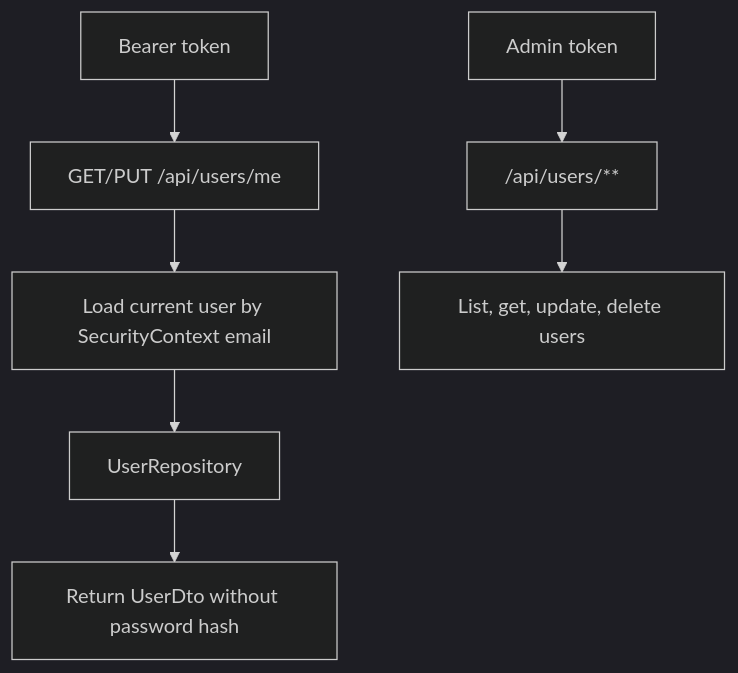
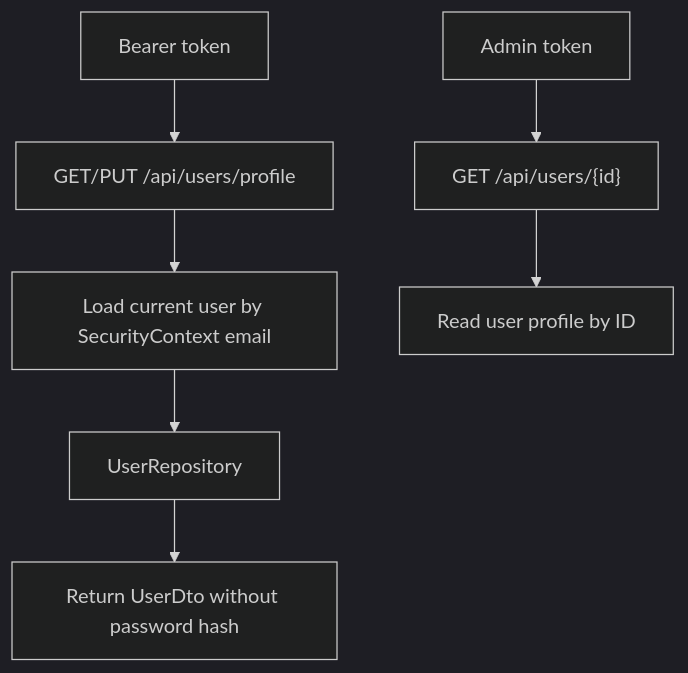
The third of 10 diagrams in README.md (MinhKien17/SEP490_Prototype), drawn with Mermaid (dark theme) before and after one commit. The commit also changed other lines of this file, not shown here.

````diff
--- a/README.md
+++ b/README.md
@@ -211,10 +228,10 @@
 ```mermaid
 flowchart TD
-    Token["Bearer token"] --> Me["GET/PUT /api/users/me"]
+    Token["Bearer token"] --> Me["GET/PUT /api/users/profile"]
     Me --> Current["Load current user by SecurityContext email"]
     Current --> UserRepo["UserRepository"]
     UserRepo --> UserDto["Return UserDto without password hash"]
 
-    Admin["Admin token"] --> AdminRoutes["/api/users/**"]
-    AdminRoutes --> AdminOps["List, get, update, delete users"]
+    Admin["Admin token"] --> AdminRoutes["GET /api/users/{id}"]
+    AdminRoutes --> AdminOps["Read user profile by ID"]
 ```
````
